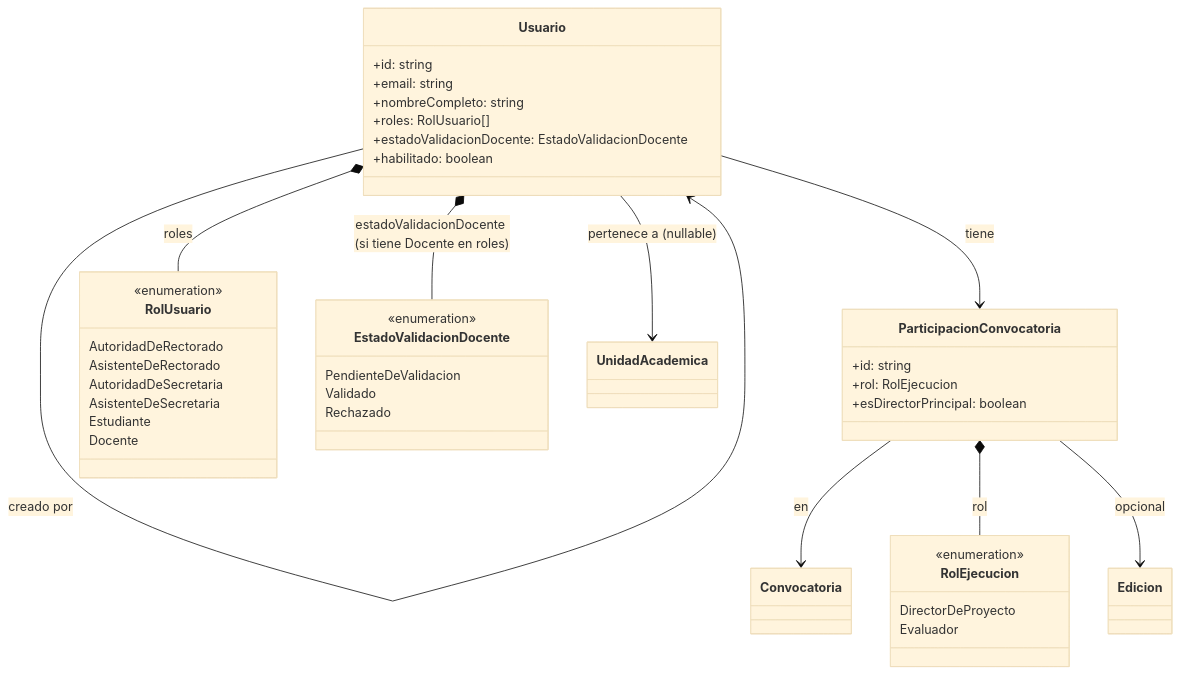
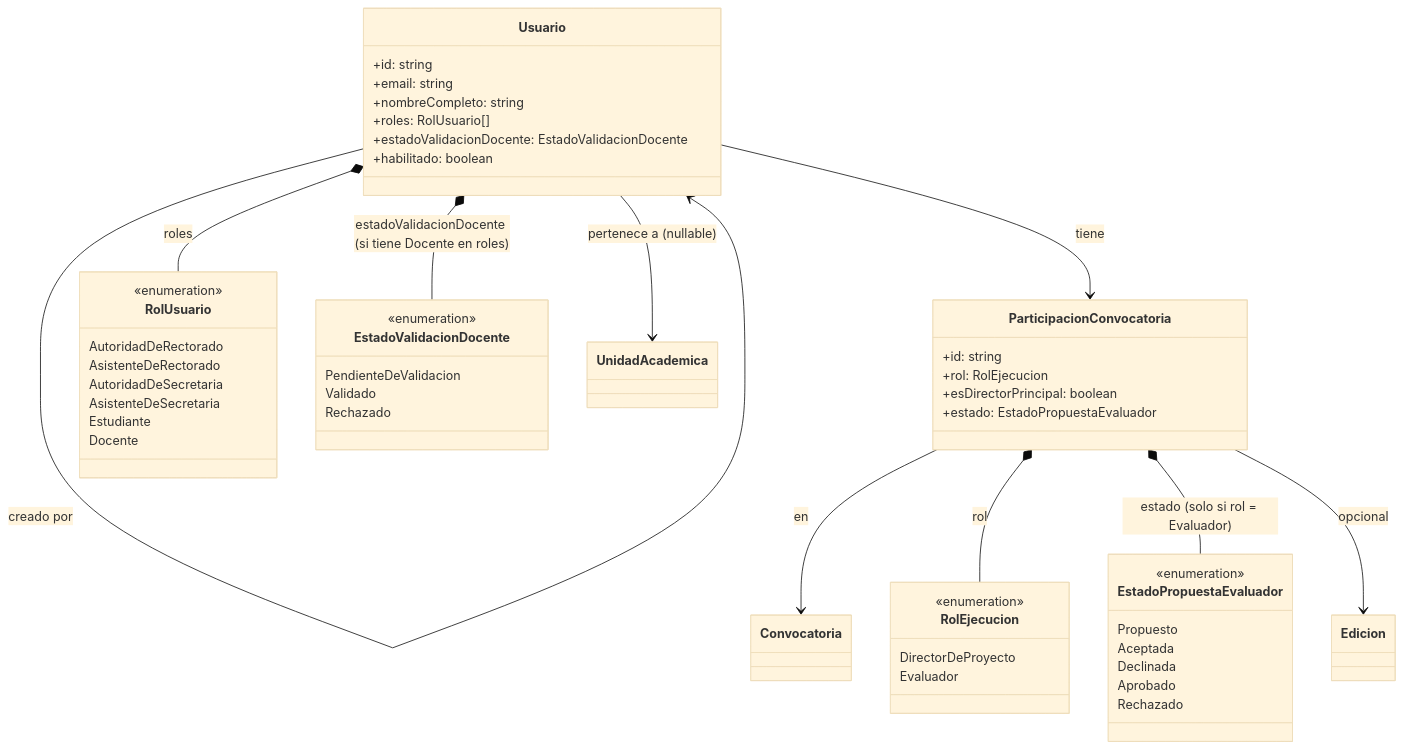
Before and after one commit to TPP-UBANEX/UBANEX: the fourth of 9 diagrams in docs/dominio/modelo.md, drawn with Mermaid (base theme). The commit also changed other lines of this file, not shown here.

Commit message:
docs: actualizo modelo de dominio con flujo de propuesta de evaluadores

````diff
--- a/docs/dominio/modelo.md
+++ b/docs/dominio/modelo.md
@@ -292,49 +292,60 @@
 ```mermaid
 classDiagram
     class Usuario {
         +id: string
         +email: string
         +nombreCompleto: string
         +roles: RolUsuario[]
         +estadoValidacionDocente: EstadoValidacionDocente
         +habilitado: boolean
     }
 
     class ParticipacionConvocatoria {
         +id: string
         +rol: RolEjecucion
         +esDirectorPrincipal: boolean
+        +estado: EstadoPropuestaEvaluador
     }
 
     class RolUsuario {
         <<enumeration>>
         AutoridadDeRectorado
         AsistenteDeRectorado
         AutoridadDeSecretaria
         AsistenteDeSecretaria
         Estudiante
         Docente
     }
 
     class RolEjecucion {
         <<enumeration>>
         DirectorDeProyecto
         Evaluador
     }
 
+    class EstadoPropuestaEvaluador {
+        <<enumeration>>
+        Propuesto
+        Aceptada
+        Declinada
+        Aprobado
+        Rechazado
+    }
+
     class EstadoValidacionDocente {
         <<enumeration>>
         PendienteDeValidacion
         Validado
         Rechazado
     }
 
     Usuario *-- RolUsuario : roles
     Usuario *-- EstadoValidacionDocente : estadoValidacionDocente (si tiene Docente en roles)
     Usuario --> UnidadAcademica : pertenece a (nullable)
     Usuario --> Usuario : creado por
     Usuario --> ParticipacionConvocatoria : tiene
     ParticipacionConvocatoria --> Convocatoria : en
     ParticipacionConvocatoria *-- RolEjecucion : rol
+    ParticipacionConvocatoria *-- EstadoPropuestaEvaluador : estado (solo si rol = Evaluador)
     ParticipacionConvocatoria --> Edicion : opcional
 ```
````
